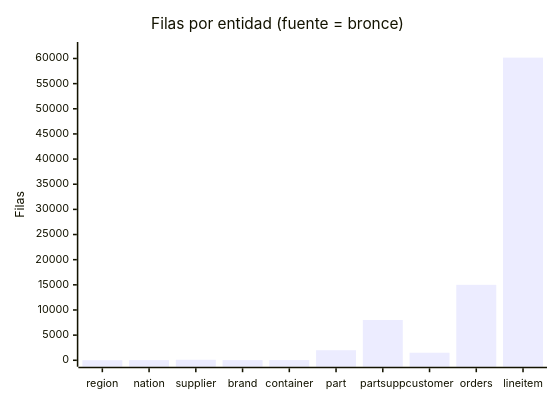
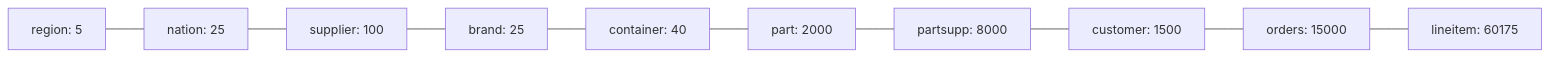
One commit to CaletOrtiz/sql-datawarehouse-project changed the second of 3 diagrams in docs/validacion_etl.md. Above: the diagram before and after it, drawn with Mermaid. The commit also changed 2 other files, not shown here.

Commit message:
Fix mermaid syntax errors in arquitectura.md, etl_proceso.md and validacion_etl.md

````diff
--- a/docs/validacion_etl.md
+++ b/docs/validacion_etl.md
@@ -22,7 +22,4 @@
 ```mermaid
-xychart-beta
-    title "Filas por entidad (fuente = bronce)"
-    x-axis [region, nation, supplier, brand, container, part, partsupp, customer, orders, lineitem]
-    y-axis "Filas" 0 --> 62000
-    bar [5, 25, 100, 25, 40, 2000, 8000, 1500, 15000, 60175]
+flowchart LR
+    V1[region: 5] --- V2[nation: 25] --- V3[supplier: 100] --- V4[brand: 25] --- V5[container: 40] --- V6[part: 2000] --- V7[partsupp: 8000] --- V8[customer: 1500] --- V9[orders: 15000] --- V10[lineitem: 60175]
 ```
````
